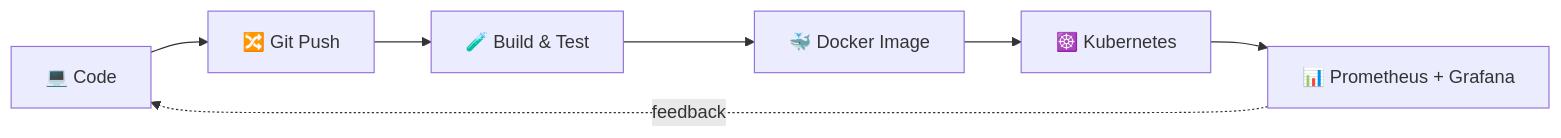
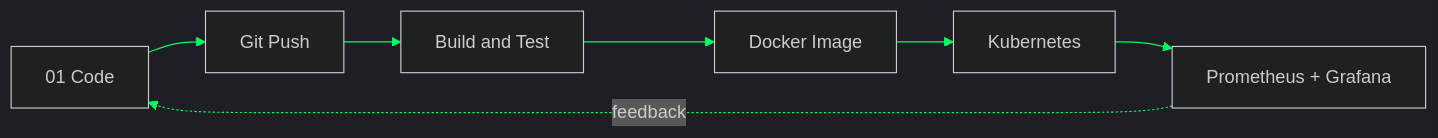
The diagram in README.md (RavindraM0/RavindraM0), drawn with Mermaid before and after one commit. The commit also changed other lines of this file, not shown here.

````diff
--- a/README.md
+++ b/README.md
@@ -65,9 +38,10 @@
 ```mermaid
+%%{init: {'theme':'dark','themeVariables':{'primaryColor':'#001a0d','primaryTextColor':'#00ff66','primaryBorderColor':'#00ff66','lineColor':'#00ff66','fontFamily':'monospace'}}}%%
 flowchart LR
-    A[💻 Code] --> B[🔀 Git Push]
-    B --> C[🧪 Build & Test]
-    C --> D[🐳 Docker Image]
-    D --> E[☸️ Kubernetes]
-    E --> F[📊 Prometheus + Grafana]
+    A[01 Code] --> B[Git Push]
+    B --> C[Build and Test]
+    C --> D[Docker Image]
+    D --> E[Kubernetes]
+    E --> F[Prometheus + Grafana]
     F -.feedback.-> A
 ```
````
